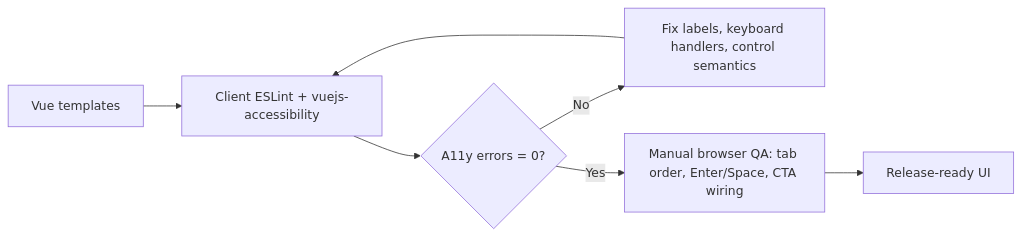
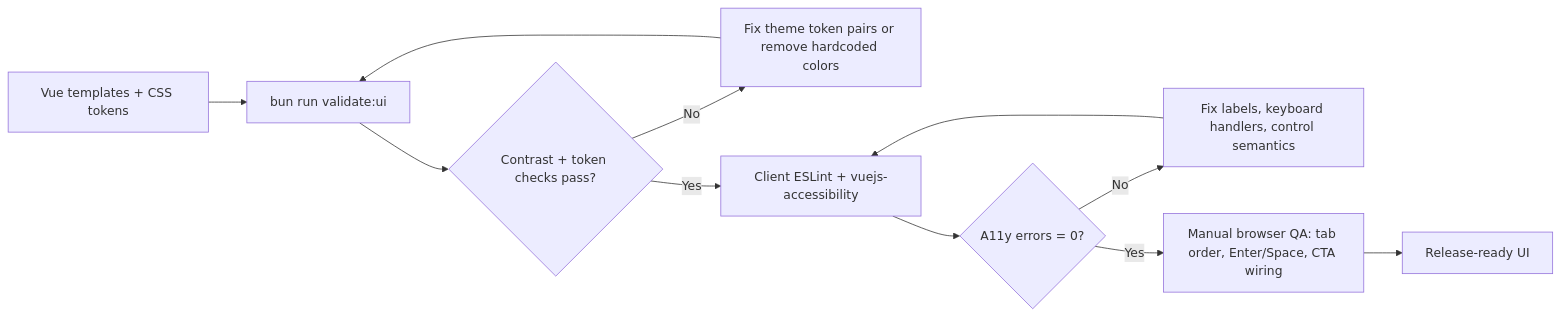
One commit to d4551/baobuildbuddy changed the second of 2 diagrams in README.md. Above: the diagram before and after it, drawn with Mermaid. The commit also changed other lines of this file and 130 other files, not shown here.

First line of the commit message:
Add i18n, UI accessibility checks, theme tokens, and widgets

````diff
--- a/README.md
+++ b/README.md
@@ -736,9 +752,13 @@
 ```mermaid
 flowchart LR
-  Templates["Vue templates"] --> A11yLint["Client ESLint + vuejs-accessibility"]
+  Templates["Vue templates + CSS tokens"] --> UIValidate["bun run validate:ui"]
+  UIValidate --> UIState{"Contrast + token checks pass?"}
+  UIState -->|No| UIFixes["Fix theme token pairs or remove hardcoded colors"]
+  UIFixes --> UIValidate
+  UIState -->|Yes| A11yLint["Client ESLint + vuejs-accessibility"]
   A11yLint --> LintState{"A11y errors = 0?"}
   LintState -->|No| Fixes["Fix labels, keyboard handlers, control semantics"]
   Fixes --> A11yLint
   LintState -->|Yes| BrowserQA["Manual browser QA: tab order, Enter/Space, CTA wiring"]
   BrowserQA --> Ready["Release-ready UI"]
 ```
````
